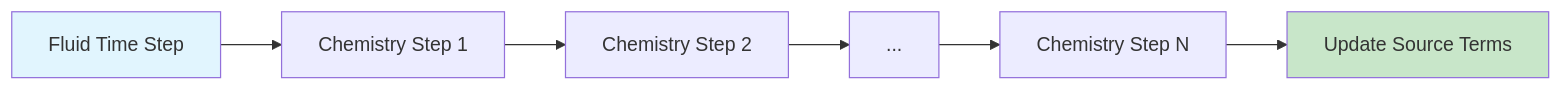
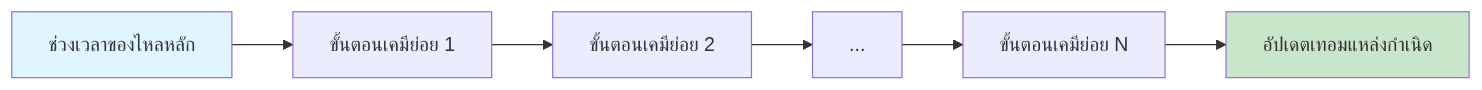
The third of 3 diagrams in MODULE_06_ADVANCED_PHYSICS/CONTENT/03_REACTING_FLOWS/02_Chemistry_Models.md (wramet/build-my-cfd), drawn with Mermaid before and after one commit. The commit also changed other lines of this file and 104 other files, not shown here.

````diff
--- a/MODULE_06_ADVANCED_PHYSICS/CONTENT/03_REACTING_FLOWS/02_Chemistry_Models.md
+++ b/MODULE_06_ADVANCED_PHYSICS/CONTENT/03_REACTING_FLOWS/02_Chemistry_Models.md
@@ -271,11 +270,11 @@
 ```mermaid
 graph LR
-    A[Fluid Time Step] --> B[Chemistry Step 1]
-    B --> C[Chemistry Step 2]
+    A[ช่วงเวลาของไหลหลัก] --> B[ขั้นตอนเคมีย่อย 1]
+    B --> C[ขั้นตอนเคมีย่อย 2]
     C --> D[...]
-    D --> E[Chemistry Step N]
-    E --> F[Update Source Terms]
+    D --> E[ขั้นตอนเคมีย่อย N]
+    E --> F[อัปเดตเทอมแหล่งกำเนิด]
 
     style A fill:#e1f5fe
     style F fill:#c8e6c9
 ```
````
